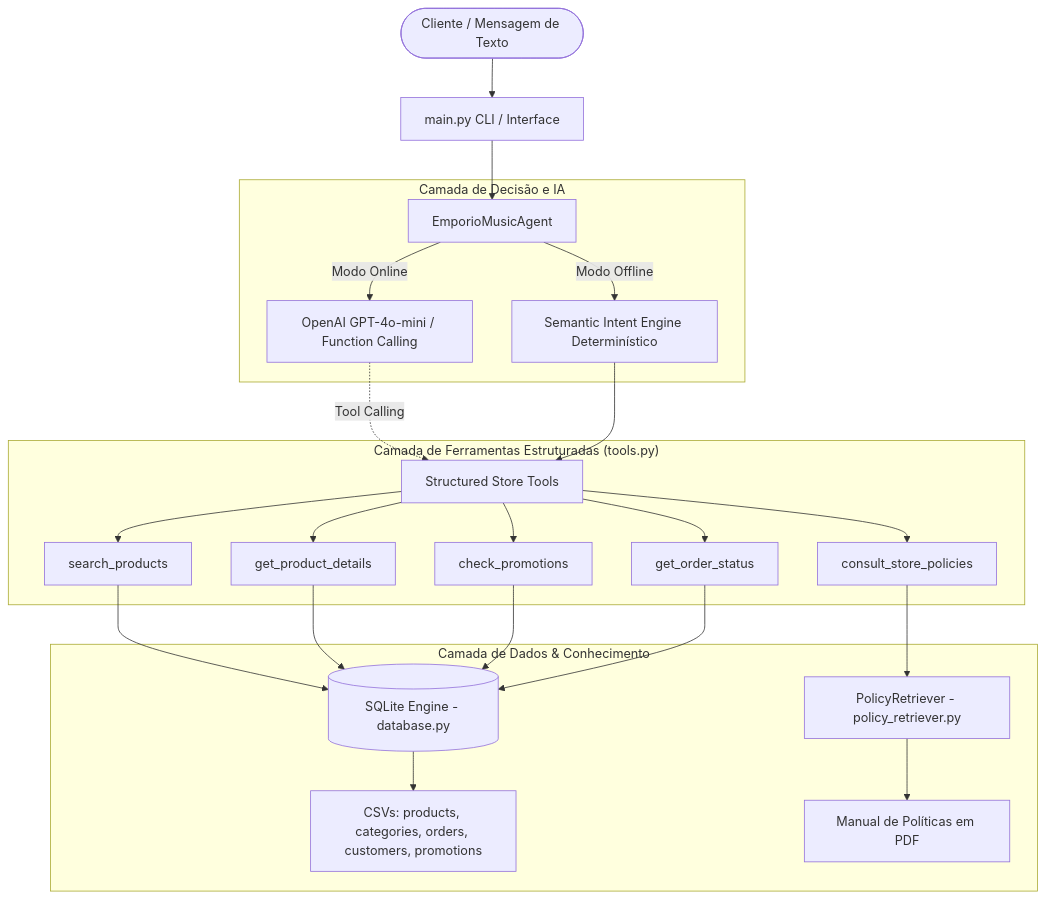
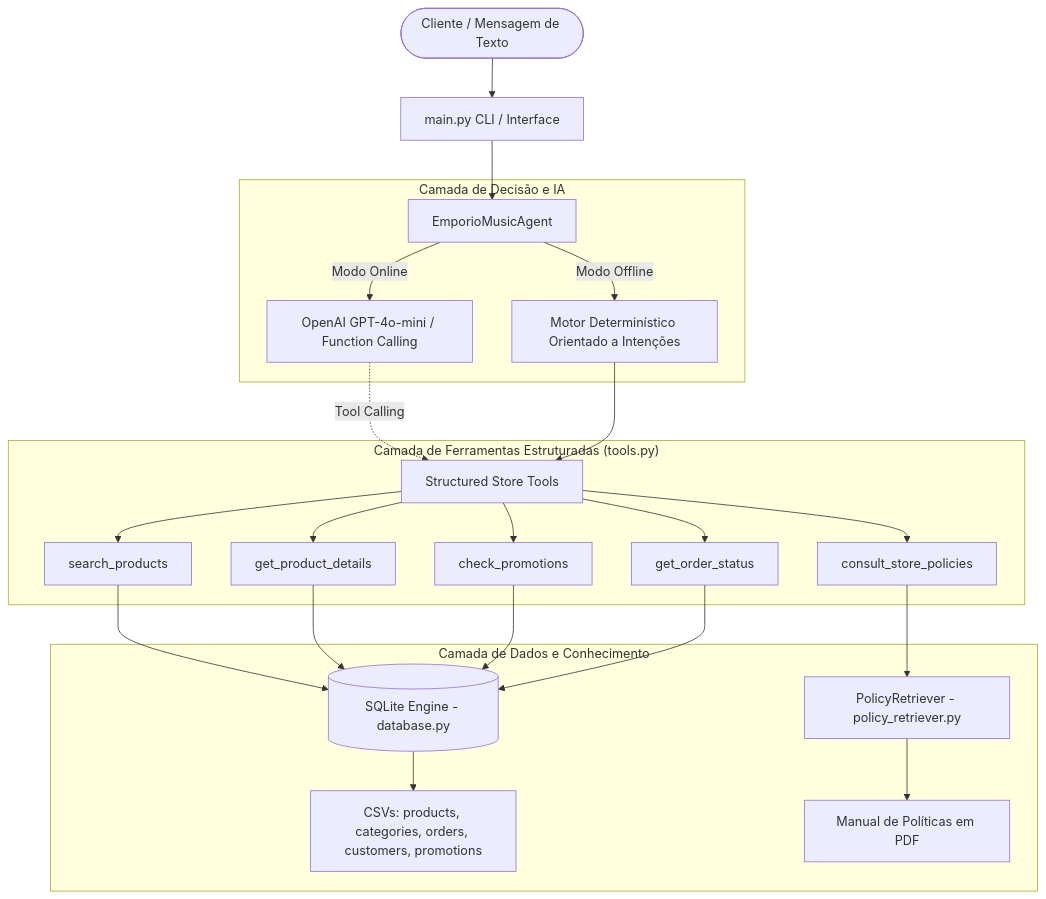
The diagram in README.md (GabrielF1100/Gabriel-Felippe-Baptista--AI-Engineer-Full-Stack-para-Aplica-es-com-IA-Generativa), drawn with Mermaid before and after one commit. The commit also changed other lines of this file and 2 other files, not shown here.

Commit message:
refactor: humanize agent responses, clean CLI prompts and polish README without emojis or asterisks

````diff
--- a/README.md
+++ b/README.md
@@ -42,27 +38,27 @@
 ```mermaid
 flowchart TD
     User([Cliente / Mensagem de Texto]) --> Main[main.py CLI / Interface]
     Main --> Agent[EmporioMusicAgent]
     
     subgraph "Camada de Decisão e IA"
         Agent --> |Modo Online| LLM[OpenAI GPT-4o-mini / Function Calling]
-        Agent --> |Modo Offline| RuleEngine[Semantic Intent Engine Determinístico]
+        Agent --> |Modo Offline| RuleEngine[Motor Determinístico Orientado a Intenções]
     end
 
     subgraph "Camada de Ferramentas Estruturadas (tools.py)"
         LLM -. Tool Calling .-> Tools[Structured Store Tools]
         RuleEngine --> Tools
         Tools --> Tool1[search_products]
         Tools --> Tool2[get_product_details]
         Tools --> Tool3[check_promotions]
         Tools --> Tool4[get_order_status]
         Tools --> Tool5[consult_store_policies]
     end
 
-    subgraph "Camada de Dados & Conhecimento"
+    subgraph "Camada de Dados e Conhecimento"
         Tool1 & Tool2 & Tool3 & Tool4 --> DB[(SQLite Engine - database.py)]
         DB --> CSVs[CSVs: products, categories, orders, customers, promotions]
         Tool5 --> Retriever[PolicyRetriever - policy_retriever.py]
         Retriever --> PDF[Manual de Políticas em PDF]
     end
 ```
````
